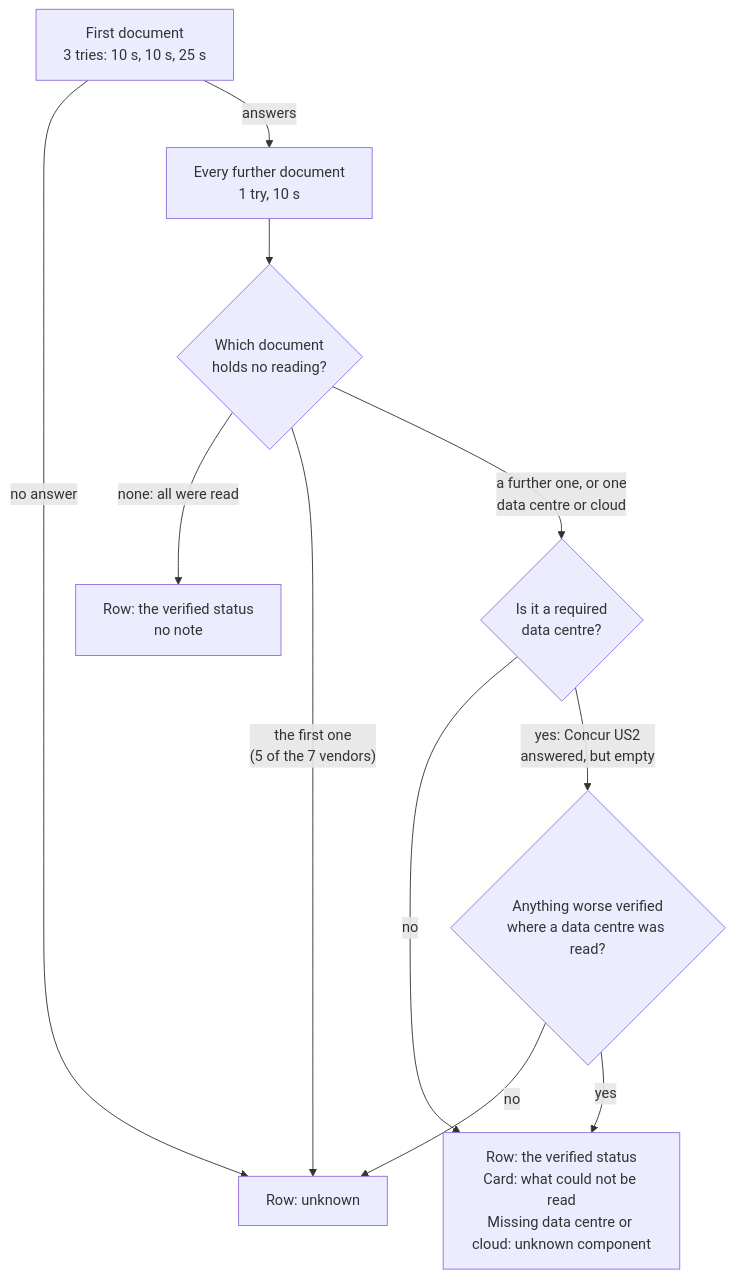
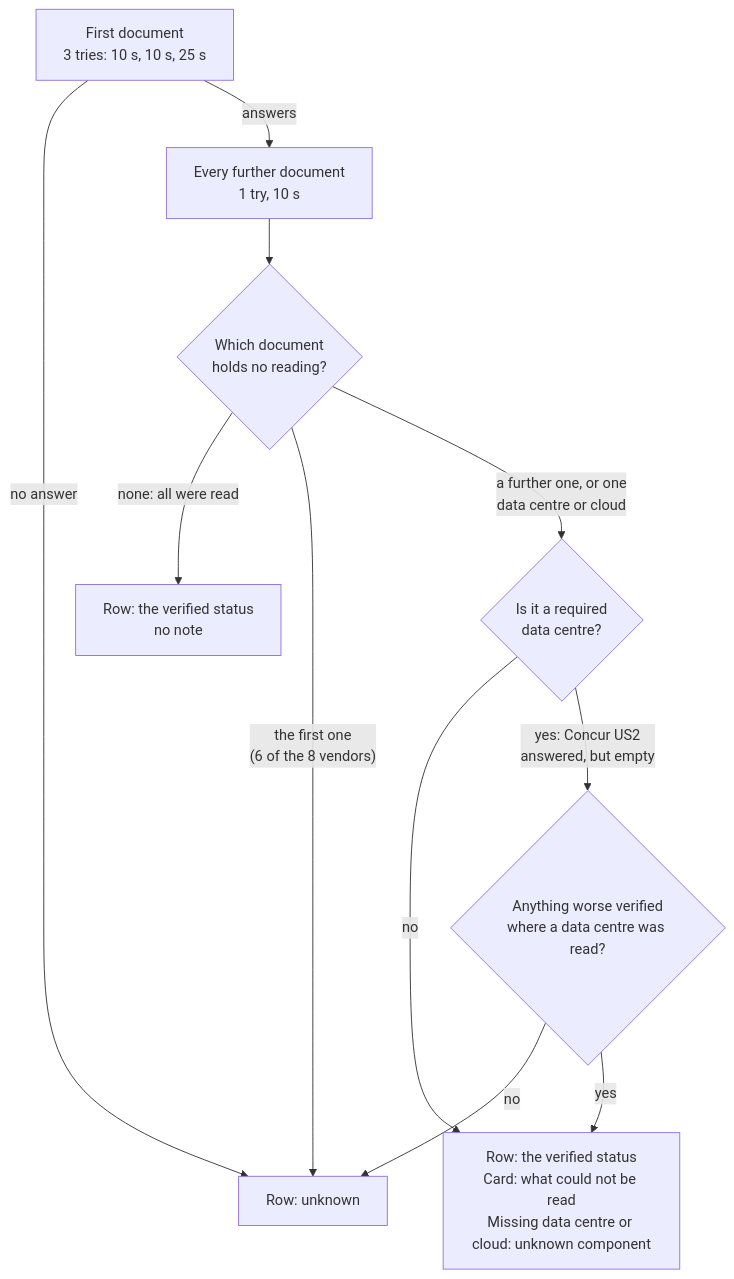
Before and after one commit to bjgreenberg/vendor-dashboard: the fourth of 5 diagrams in README.md, drawn with Mermaid. The commit also changed other lines of this file, not shown here.

````diff
--- a/README.md
+++ b/README.md
@@ -333,13 +333,13 @@
 ```mermaid
 flowchart TD
     first["First document<br/>3 tries: 10 s, 10 s, 25 s"] -->|"no answer"| unk["Row: unknown"]
     first -->|"answers"| extra["Every further document<br/>1 try, 10 s"]
     extra --> q{"Which document<br/>holds no reading?"}
     q -->|"none: all were read"| whole["Row: the verified status<br/>no note"]
-    q -->|"the first one<br/>(5 of the 7 vendors)"| unk
+    q -->|"the first one<br/>(6 of the 8 vendors)"| unk
     q -->|"a further one, or one<br/>data centre or cloud"| req{"Is it a required<br/>data centre?"}
     req -->|"no"| part["Row: the verified status<br/>Card: what could not be read<br/>Missing data centre or cloud: unknown component"]
     req -->|"yes: Concur US2<br/>answered, but empty"| worse{"Anything worse verified<br/>where a data centre was read?"}
     worse -->|"no"| unk
     worse -->|"yes"| part
 ```
````
